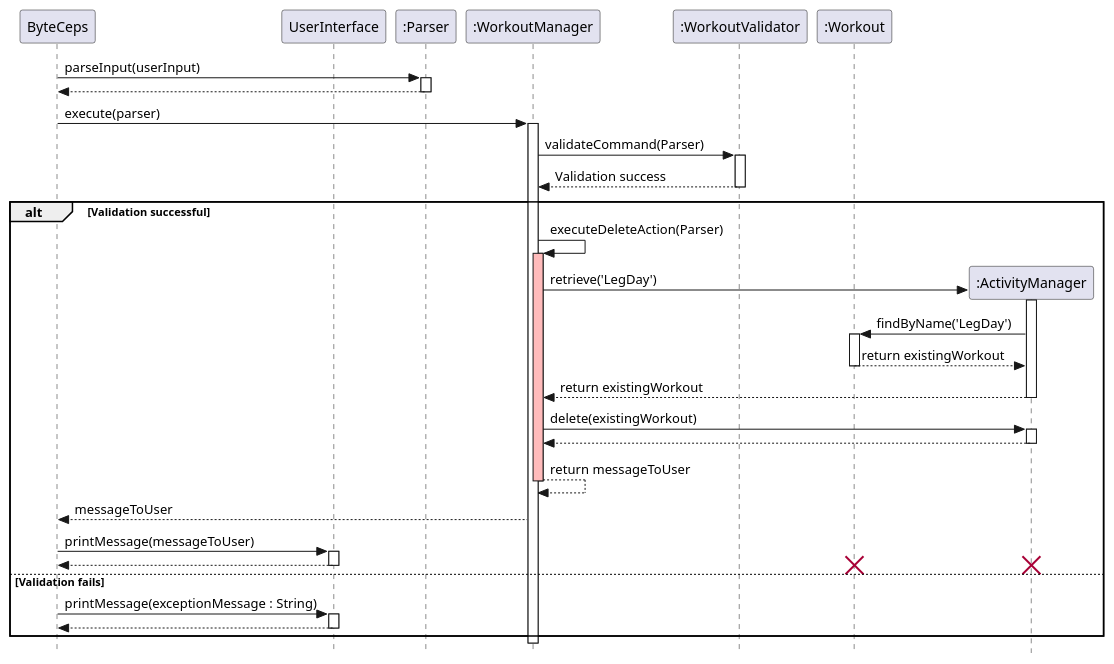
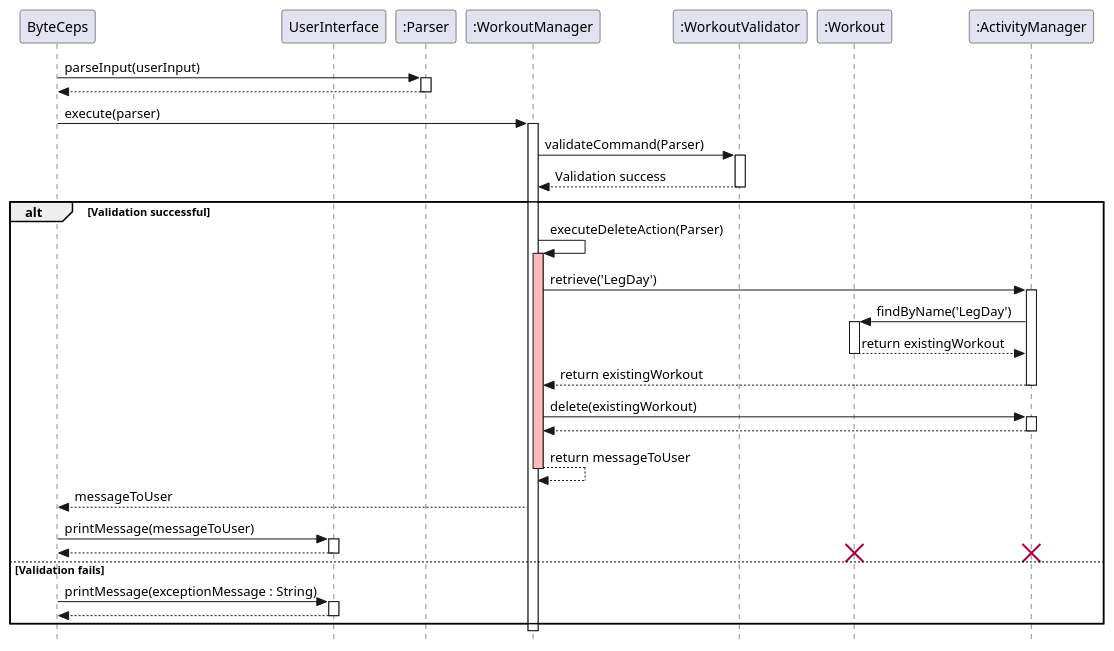
Before and after one commit to joshualeejunyi/tp: the diagram in docs/plantuml/deleteWorkout.puml, drawn with PlantUML. The commit also changed 7 other files, not shown here.

Commit message:
Fix activitymanager sequence diagram

```diff
--- a/docs/plantuml/deleteWorkout.puml
+++ b/docs/plantuml/deleteWorkout.puml
@@ -1,68 +1,69 @@
 @startuml SequenceDiagram
 
 skinparam classAttributeIconSize 0
 skinparam style strictuml
 
 participant ByteCeps as User
 participant UserInterface
+participant ":ActivityManager" as ActivityManager
 participant ":Parser" as Parser
 participant ":WorkoutManager" as WorkoutManager
 participant ":WorkoutValidator" as Validator
 participant ":Workout" as Workout
 
 
 User -> Parser : parseInput(userInput)
 activate Parser
 User <-- Parser
 deactivate Parser
 
 User -> WorkoutManager : execute(parser)
 activate WorkoutManager
 
 WorkoutManager -> Validator : validateCommand(Parser)
 activate Validator
 Validator --> WorkoutManager : Validation success
 deactivate Validator
 
 alt Validation successful
 
     WorkoutManager -> WorkoutManager : executeDeleteAction(Parser)
     activate WorkoutManager #FFBBBB
 
     create ":ActivityManager" as ActivityManager
     WorkoutManager -> ActivityManager : retrieve('LegDay')
     activate ActivityManager
     ActivityManager -> Workout : findByName('LegDay')
     activate Workout
     Workout --> ActivityManager : return existingWorkout
     deactivate Workout
     ActivityManager --> WorkoutManager : return existingWorkout
     deactivate ActivityManager
 
     WorkoutManager -> ActivityManager : delete(existingWorkout)
     activate ActivityManager
     ActivityManager --> WorkoutManager :
     deactivate ActivityManager
 
     WorkoutManager --> WorkoutManager : return messageToUser
     deactivate WorkoutManager #FFBBBB
     WorkoutManager --> User : messageToUser
     User -> UserInterface: printMessage(messageToUser)
     activate UserInterface
     UserInterface --> User
     deactivate UserInterface
 
     destroy Workout
     destroy ActivityManager
 
 else Validation fails
     User -> UserInterface: printMessage(exceptionMessage : String)
     activate UserInterface
     UserInterface --> User:
     deactivate UserInterface
 end
 
 deactivate WorkoutManager
 deactivate Parser
 
 @enduml
```
